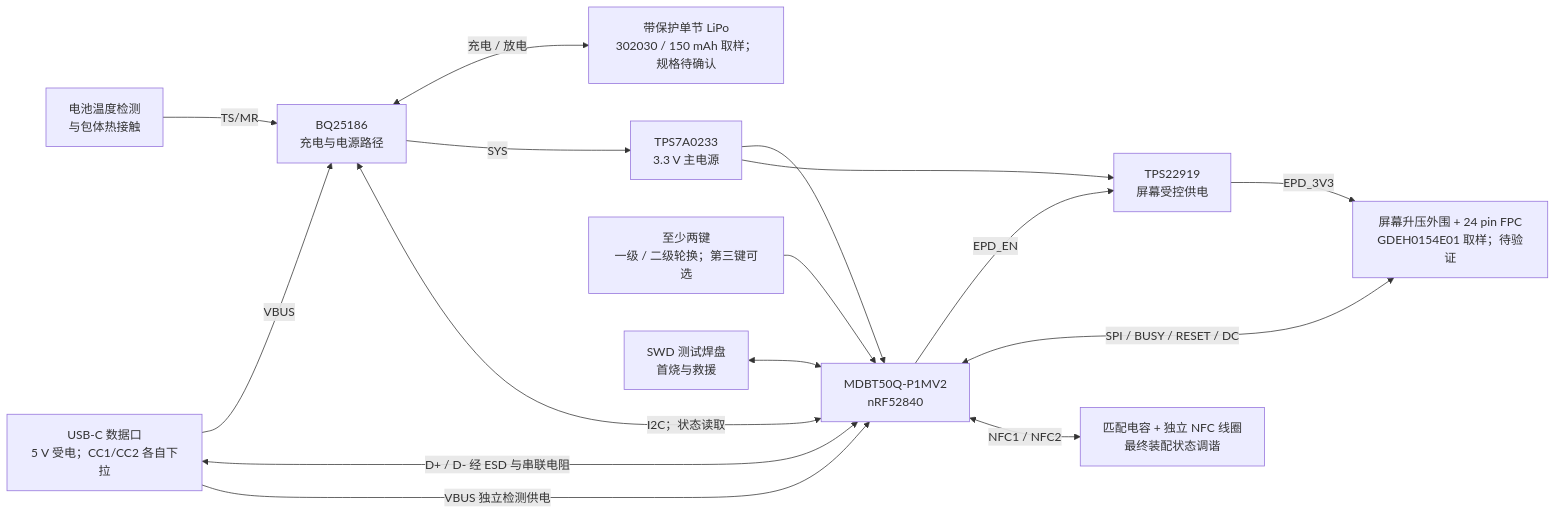
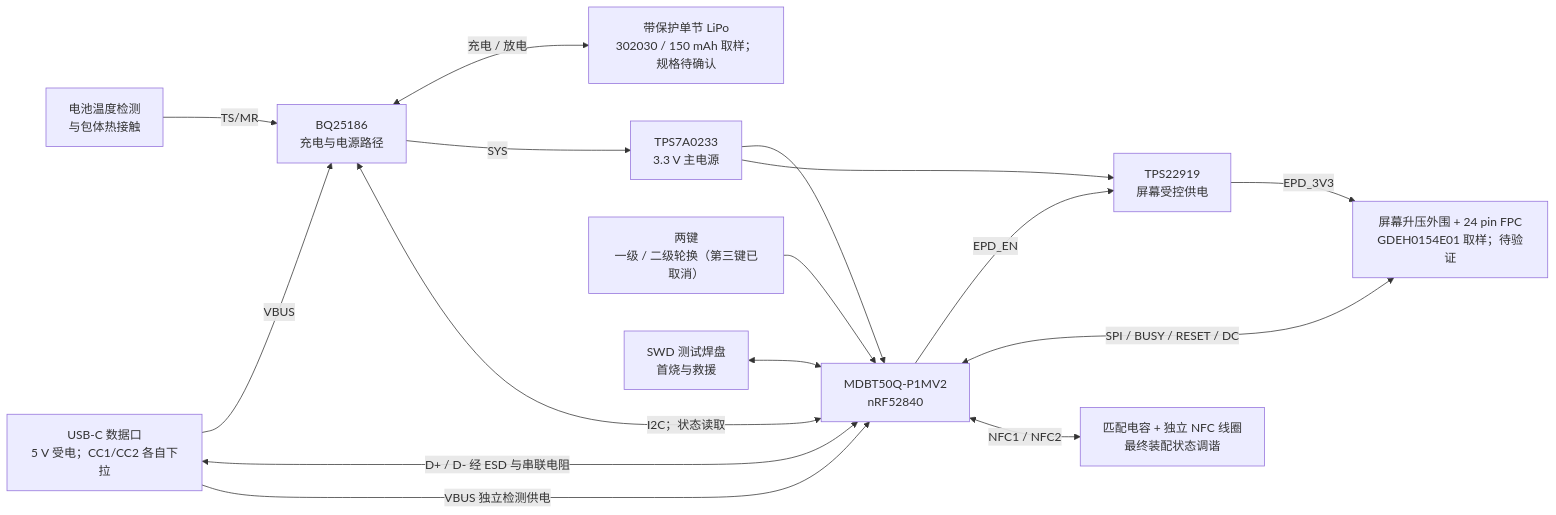
The diagram in projects/nfc-business-card/hardware/system-design.md (Lin-Guanguo/hardware-lab), drawn with Mermaid before and after one commit. The commit also changed 17 other files, not shown here.

````diff
--- a/projects/nfc-business-card/hardware/system-design.md
+++ b/projects/nfc-business-card/hardware/system-design.md
@@ -9,29 +9,29 @@
 ```mermaid
 flowchart LR
     USB["USB-C 数据口\n5 V 受电；CC1/CC2 各自下拉"]
     CHG["BQ25186\n充电与电源路径"]
     BAT["带保护单节 LiPo\n302030 / 150 mAh 取样；规格待确认"]
     LDO["TPS7A0233\n3.3 V 主电源"]
     MCU["MDBT50Q-P1MV2\nnRF52840"]
     SW["TPS22919\n屏幕受控供电"]
     EPD["屏幕升压外围 + 24 pin FPC\nGDEH0154E01 取样；待验证"]
     NFC["匹配电容 + 独立 NFC 线圈\n最终装配状态调谐"]
-    KEY["至少两键\n一级 / 二级轮换；第三键可选"]
+    KEY["两键\n一级 / 二级轮换（第三键已取消）"]
     DEBUG["SWD 测试焊盘\n首烧与救援"]
     NTC["电池温度检测\n与包体热接触"]
     USB -->|VBUS| CHG
     CHG <-->|充电 / 放电| BAT
     CHG -->|SYS| LDO
     LDO --> MCU
     LDO --> SW
     SW -->|EPD_3V3| EPD
     USB <-->|D+ / D- 经 ESD 与串联电阻| MCU
     USB -->|VBUS 独立检测供电| MCU
     MCU <-->|I2C；状态读取| CHG
     NTC -->|TS/MR| CHG
     MCU -->|EPD_EN| SW
     MCU <-->|SPI / BUSY / RESET / DC| EPD
     MCU <-->|NFC1 / NFC2| NFC
     KEY --> MCU
     DEBUG <--> MCU
 ```
````
